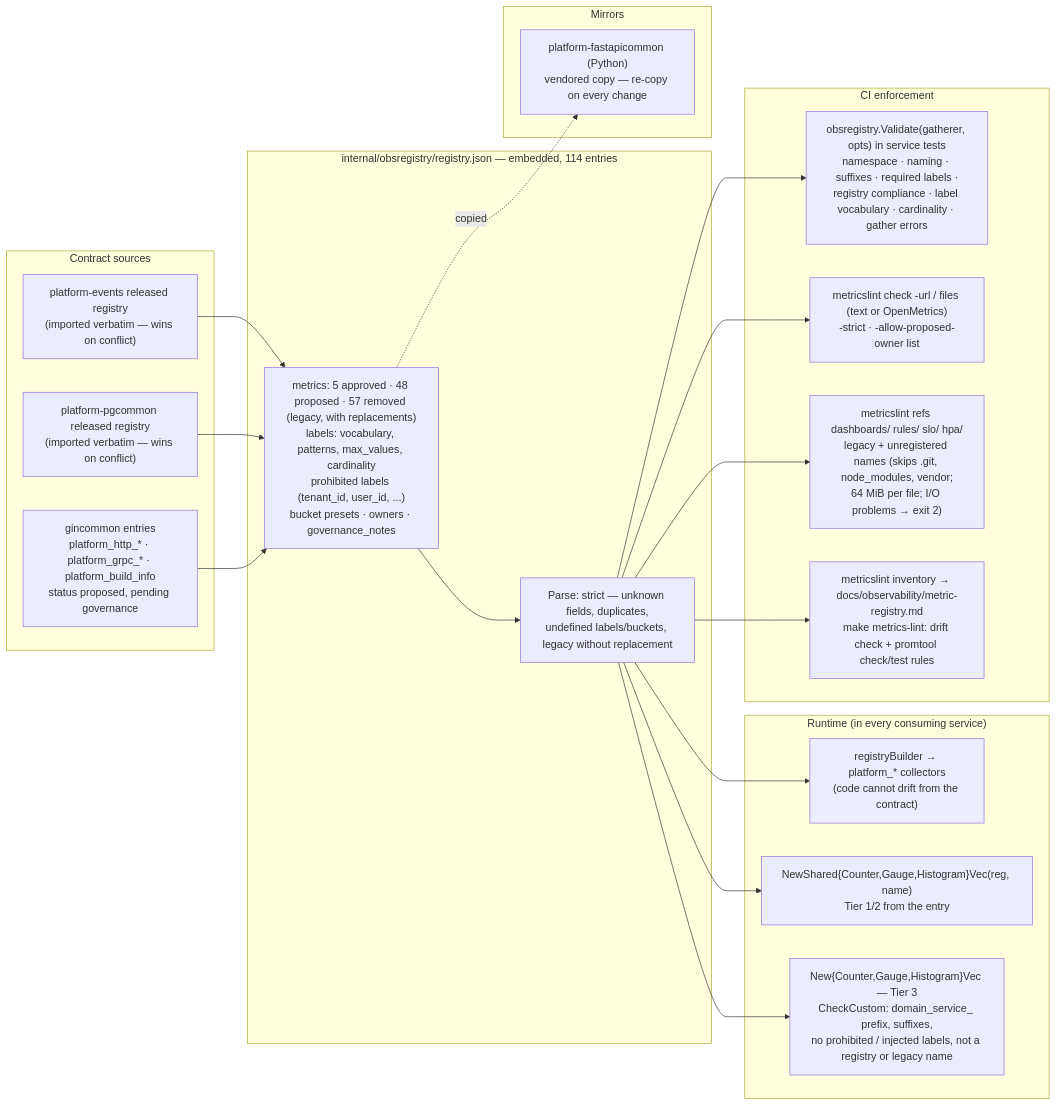
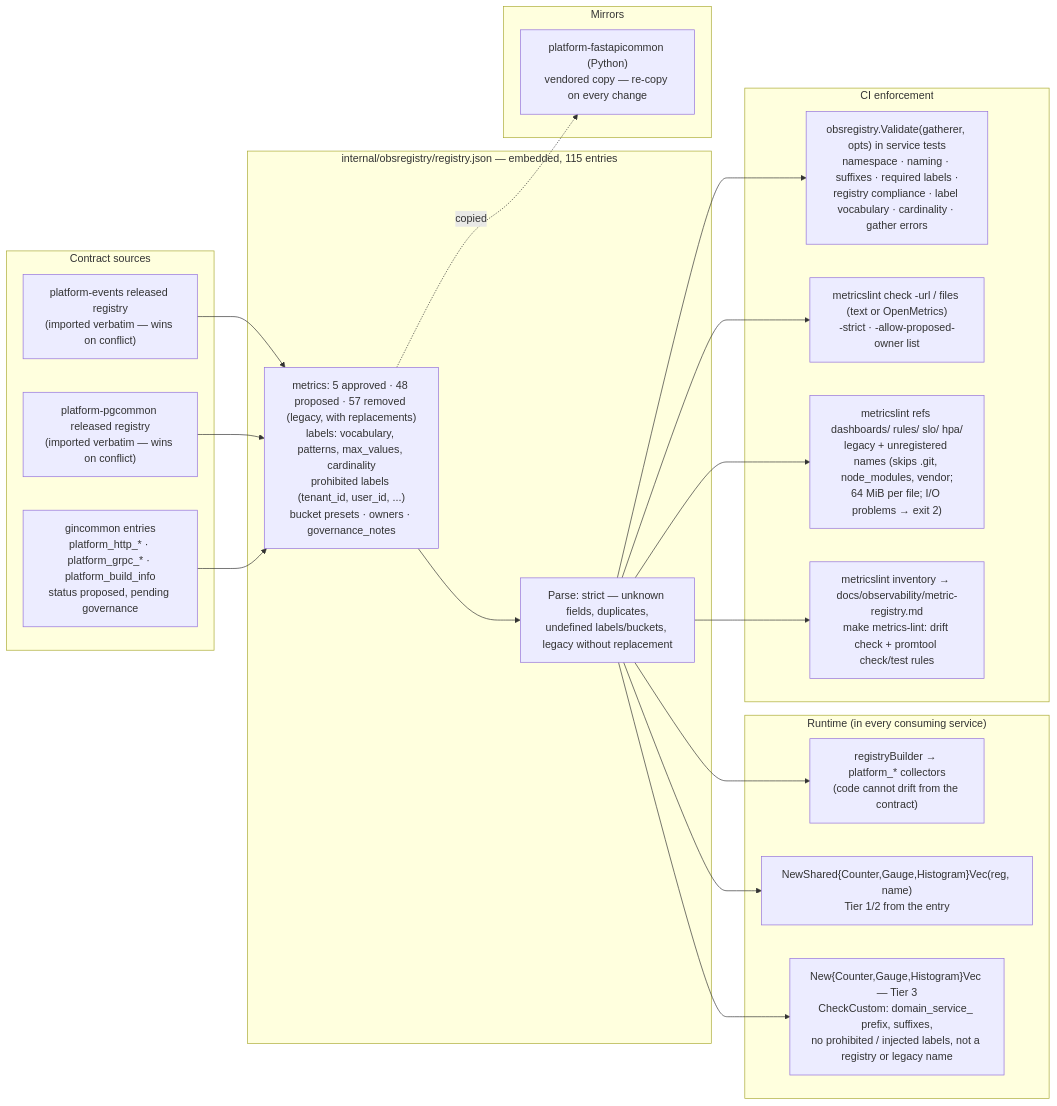
Before and after one commit to BCBP-SOLUTIONS-FZC-LLC/platform-gincommon: the diagram in docs/architecture/mermaid/registry-governance.mmd, drawn with Mermaid. The commit also changed 24 other files, not shown here.

```diff
--- a/docs/architecture/mermaid/registry-governance.mmd
+++ b/docs/architecture/mermaid/registry-governance.mmd
@@ -1,41 +1,41 @@
 graph LR
     subgraph sources["Contract sources"]
         events_reg["platform-events released registry<br/>(imported verbatim — wins on conflict)"]
         pg_reg["platform-pgcommon released registry<br/>(imported verbatim — wins on conflict)"]
         own["gincommon entries<br/>platform_http_* · platform_grpc_* · platform_build_info<br/>status proposed, pending governance"]
     end
 
-    subgraph registry["internal/obsregistry/registry.json — embedded, 114 entries"]
+    subgraph registry["internal/obsregistry/registry.json — embedded, 115 entries"]
         entries["metrics: 5 approved · 48 proposed · 57 removed (legacy, with replacements)<br/>labels: vocabulary, patterns, max_values, cardinality<br/>prohibited labels (tenant_id, user_id, ...)<br/>bucket presets · owners · governance_notes"]
         parse["Parse: strict — unknown fields, duplicates,<br/>undefined labels/buckets, legacy without replacement"]
     end
 
     subgraph runtime["Runtime (in every consuming service)"]
         builder["registryBuilder → platform_* collectors<br/>(code cannot drift from the contract)"]
         shared["NewShared{Counter,Gauge,Histogram}Vec(reg, name)<br/>Tier 1/2 from the entry"]
         custom["New{Counter,Gauge,Histogram}Vec — Tier 3<br/>CheckCustom: domain_service_ prefix, suffixes,<br/>no prohibited / injected labels, not a registry or legacy name"]
     end
 
     subgraph ci["CI enforcement"]
         validate["obsregistry.Validate(gatherer, opts) in service tests<br/>namespace · naming · suffixes · required labels ·<br/>registry compliance · label vocabulary · cardinality · gather errors"]
         check["metricslint check -url / files (text or OpenMetrics)<br/>-strict · -allow-proposed-owner list"]
         refs["metricslint refs dashboards/ rules/ slo/ hpa/<br/>legacy + unregistered names (skips .git, node_modules, vendor;<br/>64 MiB per file; I/O problems → exit 2)"]
         inv["metricslint inventory → docs/observability/metric-registry.md<br/>make metrics-lint: drift check + promtool check/test rules"]
     end
 
     subgraph mirrors["Mirrors"]
         fastapi["platform-fastapicommon (Python)<br/>vendored copy — re-copy on every change"]
     end
 
     events_reg --> entries
     pg_reg --> entries
     own --> entries
     entries --> parse
     parse --> builder
     parse --> shared
     parse --> custom
     parse --> validate
     parse --> check
     parse --> refs
     parse --> inv
     entries -.->|"copied"| fastapi
```
